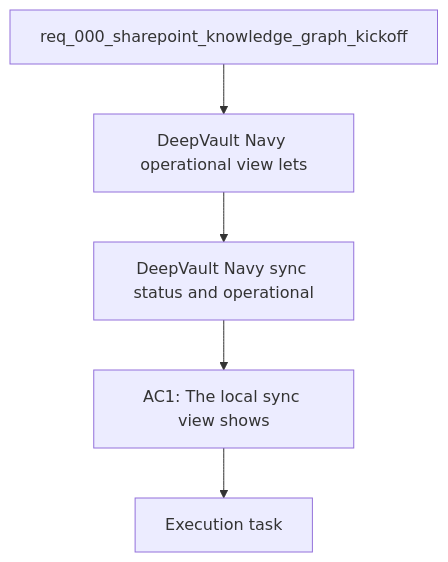
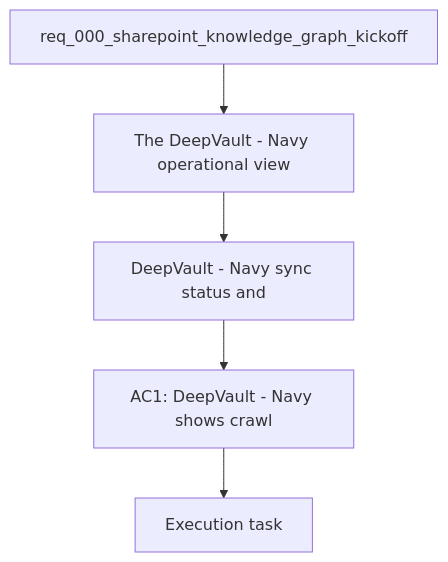
The diagram in logics/backlog/item_010_local_sync_status_and_operational_view.md (AlexAgo83/deepvault), drawn with Mermaid before and after one commit. The commit also changed other lines of this file and 28 other files, not shown here.

Commit message:
Align DeepVault docs and UI workflow guardrails

````diff
--- a/logics/backlog/item_010_local_sync_status_and_operational_view.md
+++ b/logics/backlog/item_010_local_sync_status_and_operational_view.md
@@ -21,9 +21,9 @@
 ```mermaid
 %% logics-kind: backlog
 %% logics-signature: backlog|deepvault-navy-sync-status-and-operation|req-000-sharepoint-knowledge-graph-kicko|the-deepvault-navy-operational-view|ac1-deepvault-navy-shows-crawl
 flowchart TD
-    Request[req_000_sharepoint_knowledge_graph_kickoff] --> Problem[DeepVault Navy operational view lets]
-    Problem --> Scope[DeepVault Navy sync status and operational]
-    Scope --> Acceptance[AC1: The local sync view shows]
+    Request[req_000_sharepoint_knowledge_graph_kickoff] --> Problem[The DeepVault - Navy operational view]
+    Problem --> Scope[DeepVault - Navy sync status and]
+    Scope --> Acceptance[AC1: DeepVault - Navy shows crawl]
     Acceptance --> Tasks[Execution task]
 ```
````
